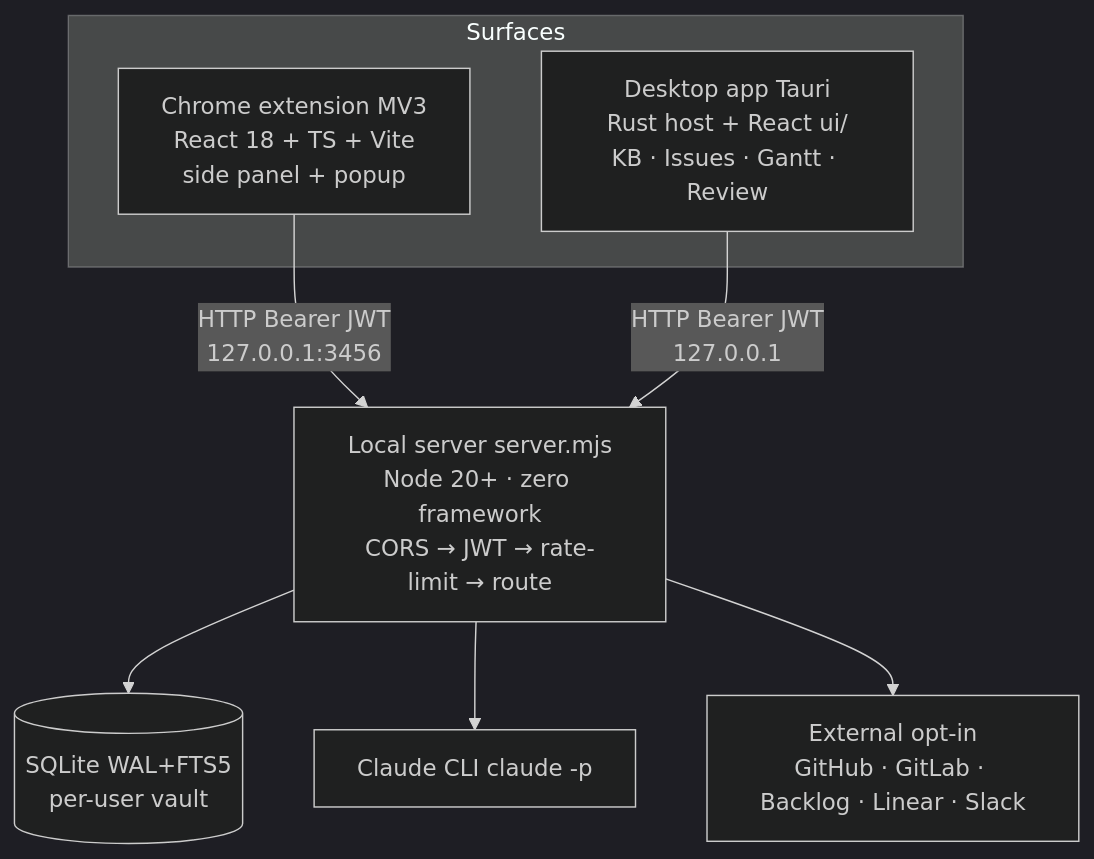
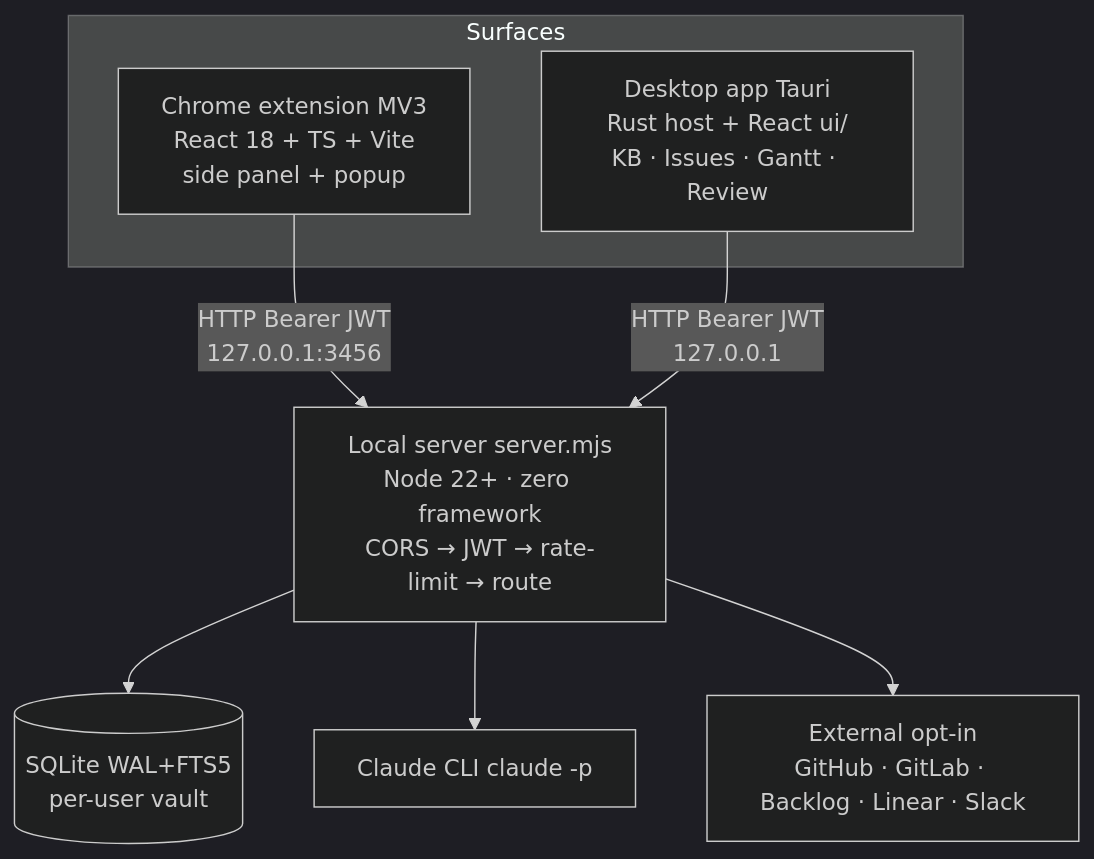
The diagram in docs/explanation/architecture.md (dnsmalla/llm-ide), drawn with Mermaid (dark theme) before and after one commit. The commit also changed other lines of this file and 9 other files, not shown here.

````diff
--- a/docs/explanation/architecture.md
+++ b/docs/explanation/architecture.md
@@ -19,16 +19,16 @@
 ```mermaid
 flowchart TB
     subgraph Surfaces
         EXT[Chrome extension MV3<br/>React 18 + TS + Vite<br/>side panel + popup]
         DESK[Desktop app Tauri<br/>Rust host + React ui/<br/>KB · Issues · Gantt · Review]
     end
-    SERVER[Local server server.mjs<br/>Node 20+ · zero framework<br/>CORS → JWT → rate-limit → route]
+    SERVER[Local server server.mjs<br/>Node 22+ · zero framework<br/>CORS → JWT → rate-limit → route]
     DB[(SQLite WAL+FTS5<br/>per-user vault)]
     CLI[Claude CLI claude -p]
     EXT3[External opt-in<br/>GitHub · GitLab · Backlog · Linear · Slack]
     EXT --> |HTTP Bearer JWT<br/>127.0.0.1:3456| SERVER
     DESK --> |HTTP Bearer JWT<br/>127.0.0.1| SERVER
     SERVER --> DB
     SERVER --> CLI
     SERVER --> EXT3
 ```
````
